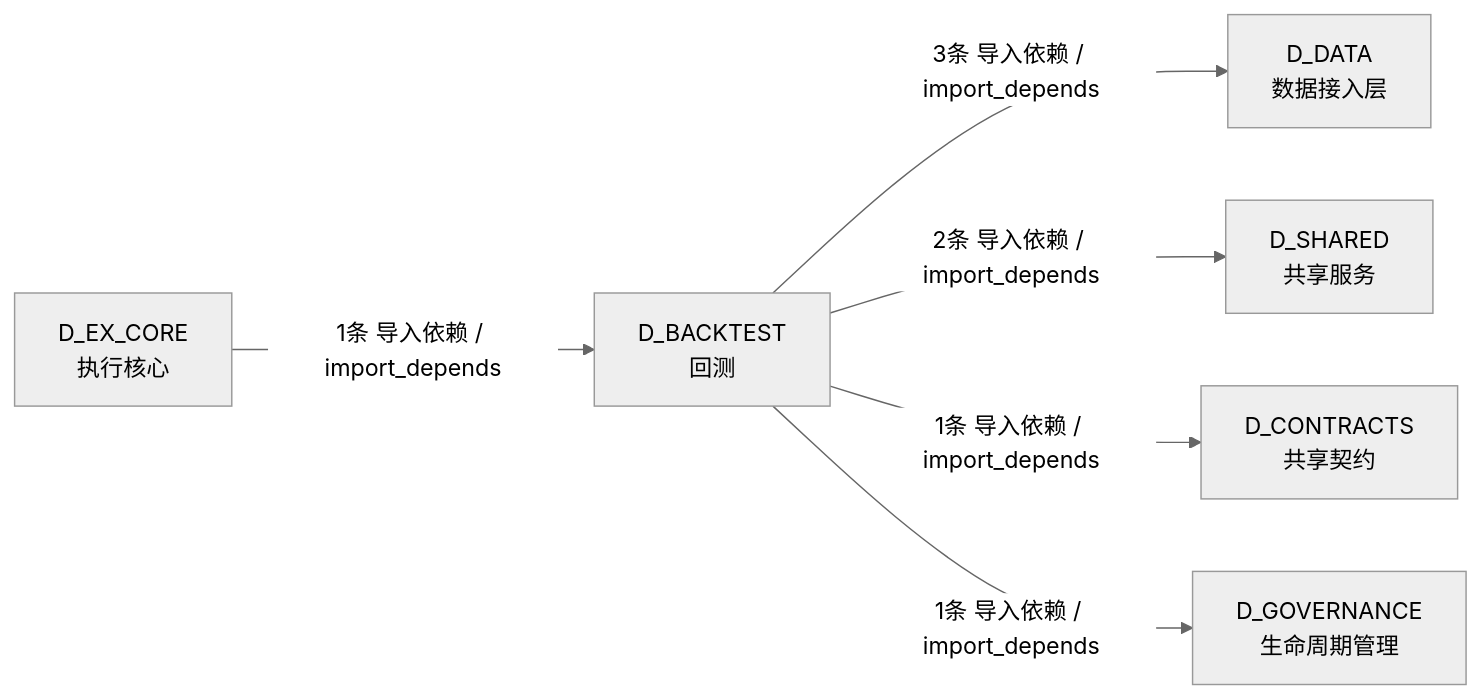
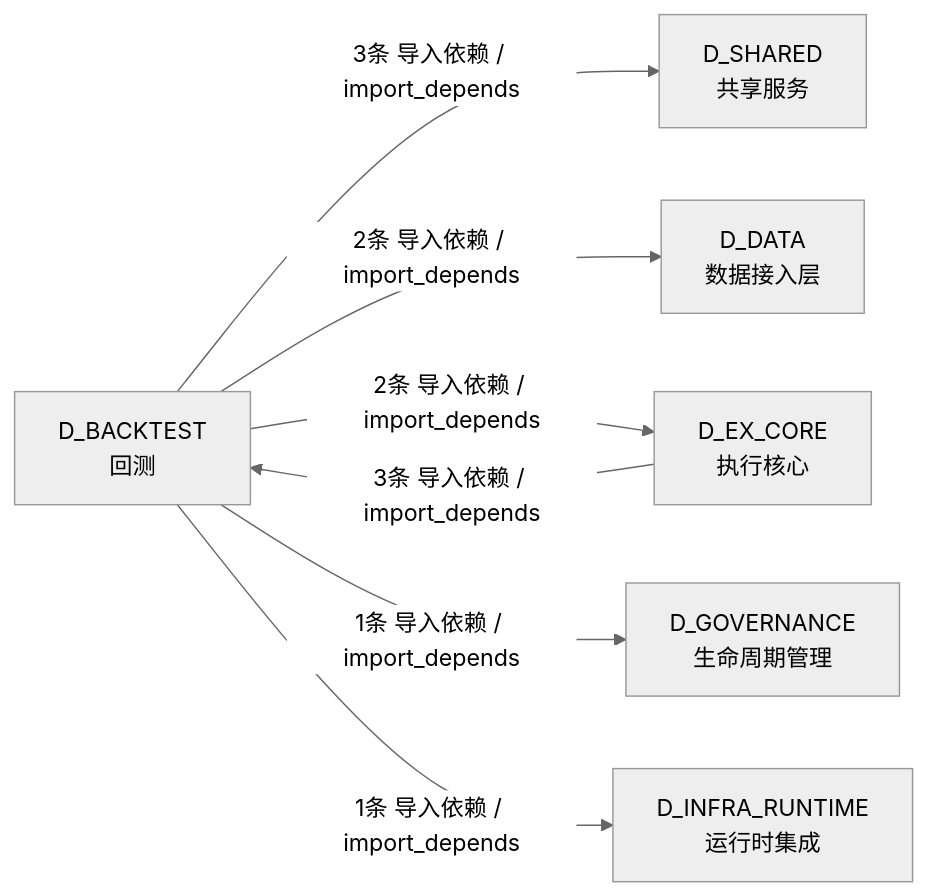
Before and after one commit to xuanFelixVan/ZephyrAlpha: the third of 3 diagrams in docs/02_enterprise_architecture/02_domain_architecture_docs/35_d_backtest.md, drawn with Mermaid (neutral theme). The commit also changed other lines of this file and 79 other files, not shown here.

````diff
--- a/docs/02_enterprise_architecture/02_domain_architecture_docs/35_d_backtest.md
+++ b/docs/02_enterprise_architecture/02_domain_architecture_docs/35_d_backtest.md
@@ -249,14 +262,15 @@
 ```mermaid
 graph LR
     D_BACKTEST["D_BACKTEST<br/>回测"]
+    D_SHARED["D_SHARED<br/>共享服务"]
     D_DATA["D_DATA<br/>数据接入层"]
-    D_SHARED["D_SHARED<br/>共享服务"]
-    D_CONTRACTS["D_CONTRACTS<br/>共享契约"]
+    D_EX_CORE["D_EX_CORE<br/>执行核心"]
     D_GOVERNANCE["D_GOVERNANCE<br/>生命周期管理"]
-    D_EX_CORE["D_EX_CORE<br/>执行核心"]
-    D_BACKTEST -->|3条 导入依赖 / import_depends| D_DATA
-    D_BACKTEST -->|2条 导入依赖 / import_depends| D_SHARED
-    D_BACKTEST -->|1条 导入依赖 / import_depends| D_CONTRACTS
+    D_INFRA_RUNTIME["D_INFRA_RUNTIME<br/>运行时集成"]
+    D_BACKTEST -->|3条 导入依赖 / import_depends| D_SHARED
+    D_BACKTEST -->|2条 导入依赖 / import_depends| D_DATA
+    D_BACKTEST -->|2条 导入依赖 / import_depends| D_EX_CORE
     D_BACKTEST -->|1条 导入依赖 / import_depends| D_GOVERNANCE
-    D_EX_CORE -->|1条 导入依赖 / import_depends| D_BACKTEST
+    D_BACKTEST -->|1条 导入依赖 / import_depends| D_INFRA_RUNTIME
+    D_EX_CORE -->|3条 导入依赖 / import_depends| D_BACKTEST
 ```
````
